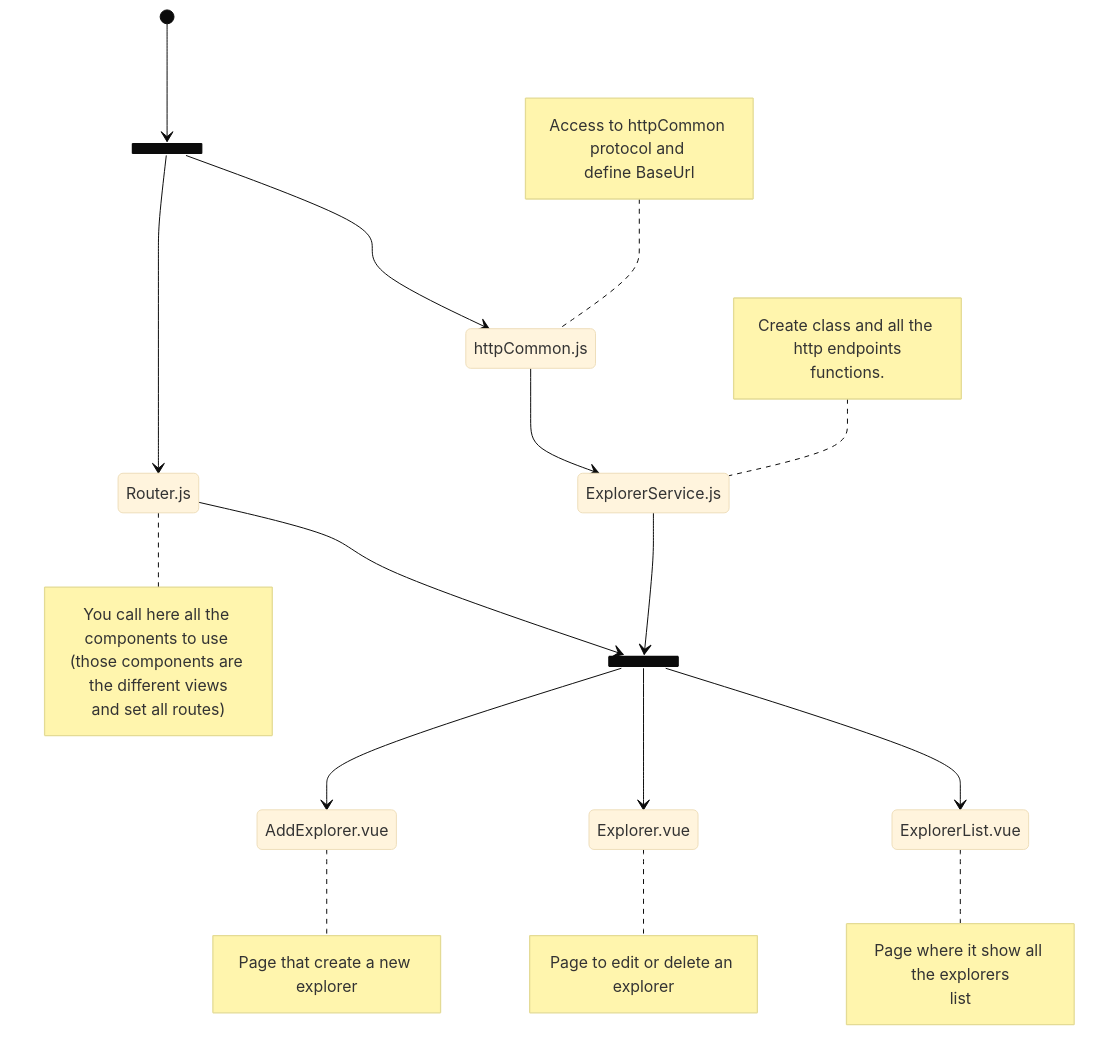
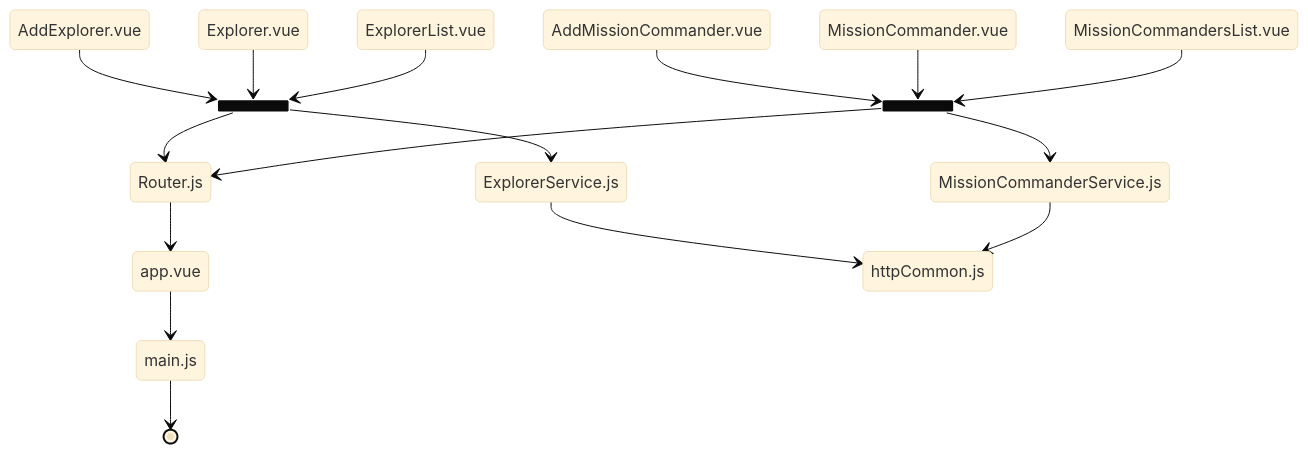
One commit to felixVelazco/client-launchx changed the diagram in README.md. Above: the diagram before and after it, drawn with Mermaid (base theme).

Commit message:
Update README.md
Need to modify diagram

````diff
--- a/README.md
+++ b/README.md
@@ -24,49 +24,39 @@
 ```mermaid
 stateDiagram-v2
-    state fork_state <<fork>>
+
     state fork_state2 <<fork>>
-    [*] --> fork_state
-    fork_state --> Router.js
-    fork_state --> httpCommon.js
+    state fork_state3 <<fork>>
+
+    AddMissionCommander.vue --> fork_state3
+    MissionCommander.vue --> fork_state3
+    MissionCommandersList.vue --> fork_state3
+
+    AddExplorer.vue --> fork_state2
+    Explorer.vue --> fork_state2
+    ExplorerList.vue --> fork_state2
+
+    Router.js --> app.vue
+    app.vue --> main.js
+    main.js --> [*]
     
-    note right of Router.js
-      You call here all the components to use 
-      (those components are the different views
-      and set all routes)
-    end note
     
-    Router.js --> fork_state2
+
+    fork_state2 --> Router.js
+    fork_state3 --> Router.js
     
-    fork_state2 --> AddExplorer.vue
-    fork_state2 --> Explorer.vue
-    fork_state2 --> ExplorerList.vue
     
-    httpCommon.js --> ExplorerService.js
     
-    ExplorerService.js --> fork_state2
     
-    note left of httpCommon.js
-      Access to httpCommon protocol and 
-      define BaseUrl
-    end note
+    ExplorerService.js --> httpCommon.js
+    MissionCommanderService.js --> httpCommon.js
     
-    note left of ExplorerService.js
-      Create class and all the http endpoints
-      functions. 
-    end note
     
-     note right of AddExplorer.vue
-      Page that create a new explorer
-    end note
+    fork_state2 --> ExplorerService.js
+    fork_state3 --> MissionCommanderService.js
     
-    note right of Explorer.vue
-      Page to edit or delete an explorer 
-    end note
+
     
-    note right of ExplorerList.vue
-      Page where it show all the explorers
-      list
-    end note
+
  
     
 ```
````
